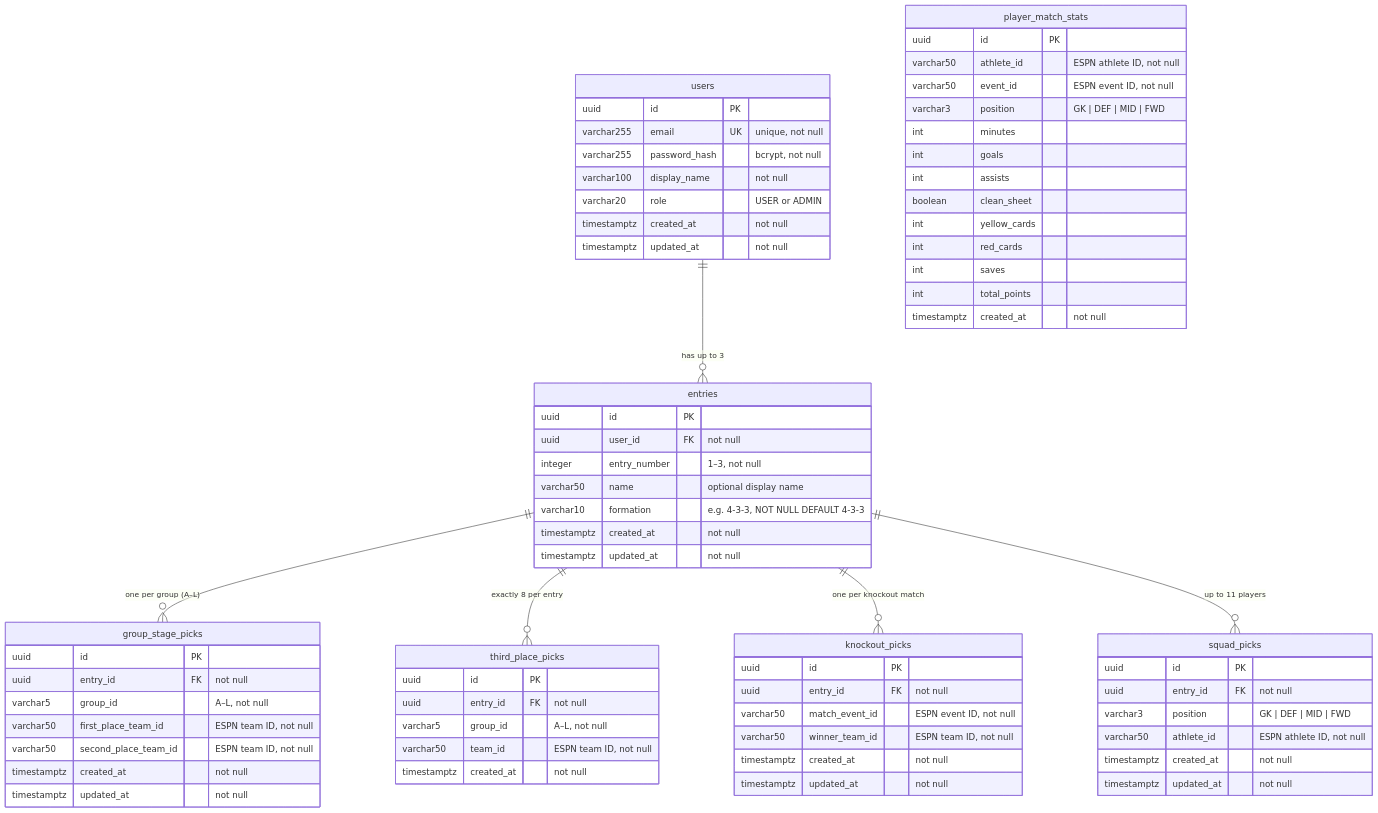
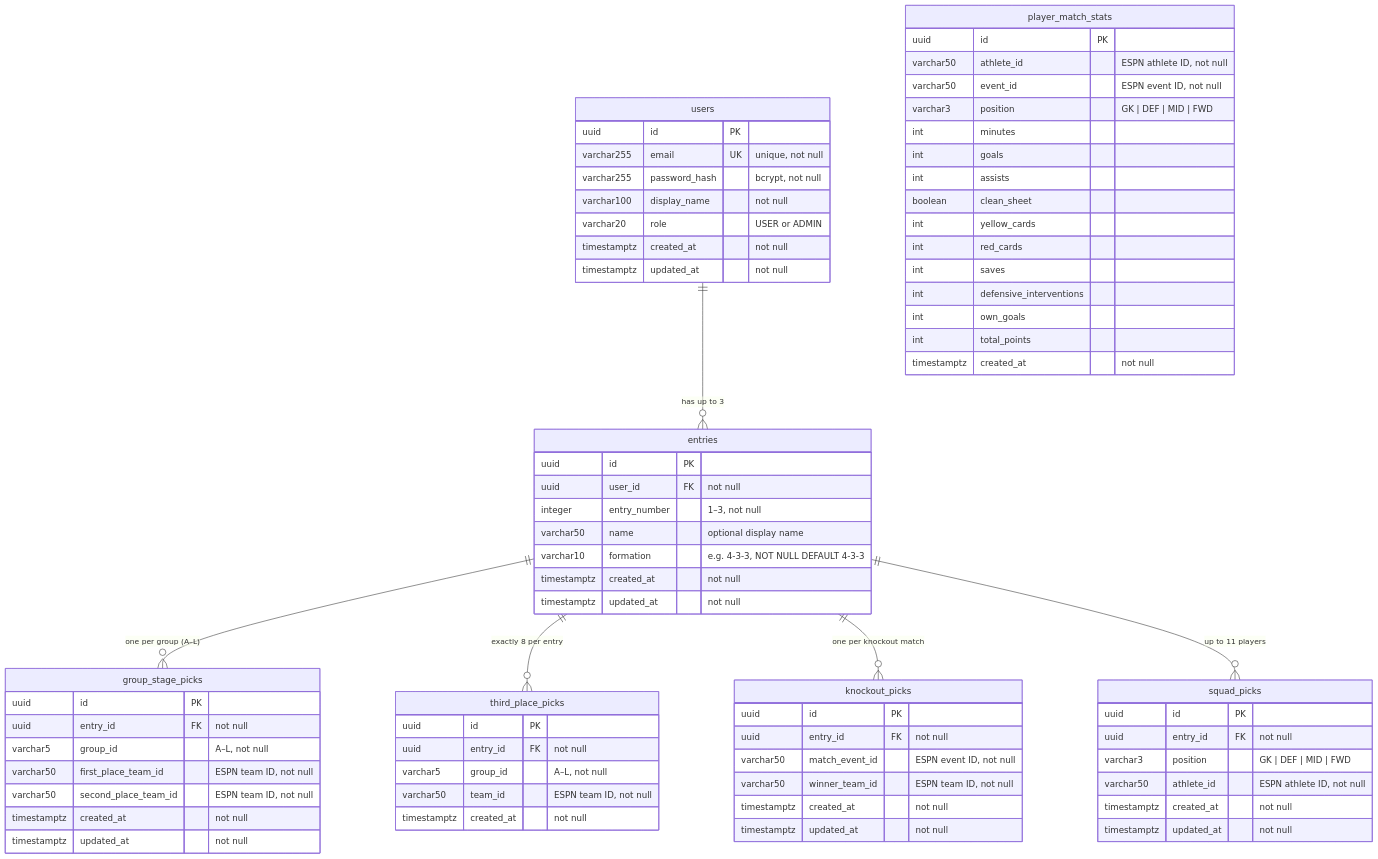
Before and after one commit to jominsky-ux/worldcupapp: the diagram in backend/README.md, drawn with Mermaid. The commit also changed other lines of this file and 5 other files, not shown here.

Commit message:
Updated the points system as two pieces were missing: defensive contributions and own goals.

````diff
--- a/backend/README.md
+++ b/backend/README.md
@@ -357,80 +372,82 @@
 ```mermaid
 erDiagram
     users {
         uuid        id              PK
         varchar255  email           UK  "unique, not null"
         varchar255  password_hash       "bcrypt, not null"
         varchar100  display_name        "not null"
         varchar20   role                "USER or ADMIN"
         timestamptz created_at          "not null"
         timestamptz updated_at          "not null"
     }
 
     entries {
         uuid        id              PK
         uuid        user_id         FK  "not null"
         integer     entry_number        "1–3, not null"
         varchar50   name                "optional display name"
         varchar10   formation           "e.g. 4-3-3, NOT NULL DEFAULT 4-3-3"
         timestamptz created_at          "not null"
         timestamptz updated_at          "not null"
     }
 
     group_stage_picks {
         uuid        id                   PK
         uuid        entry_id             FK  "not null"
         varchar5    group_id                 "A–L, not null"
         varchar50   first_place_team_id      "ESPN team ID, not null"
         varchar50   second_place_team_id     "ESPN team ID, not null"
         timestamptz created_at               "not null"
         timestamptz updated_at               "not null"
     }
 
     third_place_picks {
         uuid        id          PK
         uuid        entry_id    FK  "not null"
         varchar5    group_id        "A–L, not null"
         varchar50   team_id         "ESPN team ID, not null"
         timestamptz created_at      "not null"
     }
 
     knockout_picks {
         uuid        id               PK
         uuid        entry_id         FK  "not null"
         varchar50   match_event_id       "ESPN event ID, not null"
         varchar50   winner_team_id       "ESPN team ID, not null"
         timestamptz created_at           "not null"
         timestamptz updated_at           "not null"
     }
 
     squad_picks {
         uuid        id           PK
         uuid        entry_id     FK  "not null"
         varchar3    position         "GK | DEF | MID | FWD"
         varchar50   athlete_id       "ESPN athlete ID, not null"
         timestamptz created_at       "not null"
         timestamptz updated_at       "not null"
     }
 
     player_match_stats {
         uuid        id           PK
         varchar50   athlete_id       "ESPN athlete ID, not null"
         varchar50   event_id         "ESPN event ID, not null"
         varchar3    position         "GK | DEF | MID | FWD"
         int         minutes
         int         goals
         int         assists
         boolean     clean_sheet
         int         yellow_cards
         int         red_cards
         int         saves
+        int         defensive_interventions
+        int         own_goals
         int         total_points
         timestamptz created_at       "not null"
     }
 
     users             ||--o{ entries              : "has up to 3"
     entries           ||--o{ group_stage_picks     : "one per group (A–L)"
     entries           ||--o{ third_place_picks     : "exactly 8 per entry"
     entries           ||--o{ knockout_picks        : "one per knockout match"
     entries           ||--o{ squad_picks           : "up to 11 players"
 ```
````
